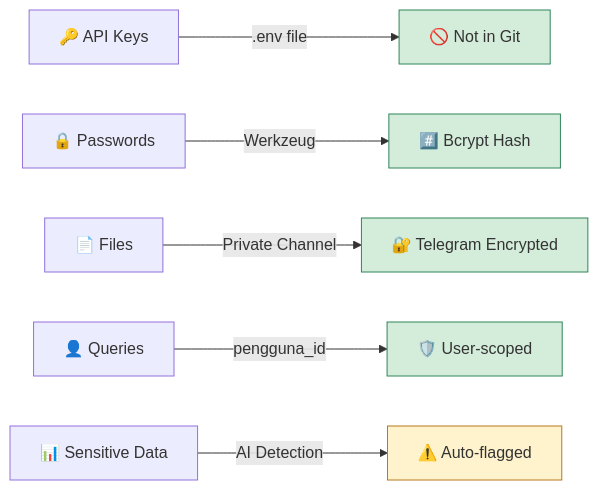
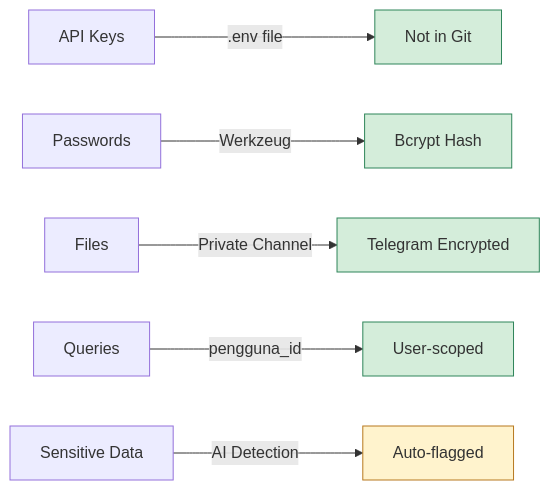
Before and after one commit to Sulthonikamalm/cloudtubes-gonanku: the sixth of 7 diagrams in README.md, drawn with Mermaid. The commit also changed other lines of this file, not shown here.

````diff
--- a/README.md
+++ b/README.md
@@ -487,14 +487,14 @@
 ```mermaid
 graph LR
-    A["🔑 API Keys"] -->|".env file"| B["🚫 Not in Git"]
-    C["🔒 Passwords"] -->|"Werkzeug"| D["#️⃣ Bcrypt Hash"]
-    E["📄 Files"] -->|"Private Channel"| F["🔐 Telegram Encrypted"]
-    G["👤 Queries"] -->|"pengguna_id"| H["🛡️ User-scoped"]
-    I["📊 Sensitive Data"] -->|"AI Detection"| J["⚠️ Auto-flagged"]
+    A["API Keys"] -->|".env file"| B["Not in Git"]
+    C["Passwords"] -->|"Werkzeug"| D["Bcrypt Hash"]
+    E["Files"] -->|"Private Channel"| F["Telegram Encrypted"]
+    G["Queries"] -->|"pengguna_id"| H["User-scoped"]
+    I["Sensitive Data"] -->|"AI Detection"| J["Auto-flagged"]
 
     style B fill:#D4EDDA,stroke:#2F855A
     style D fill:#D4EDDA,stroke:#2F855A
     style F fill:#D4EDDA,stroke:#2F855A
     style H fill:#D4EDDA,stroke:#2F855A
     style J fill:#FFF3CD,stroke:#B7791F
 ```
````
